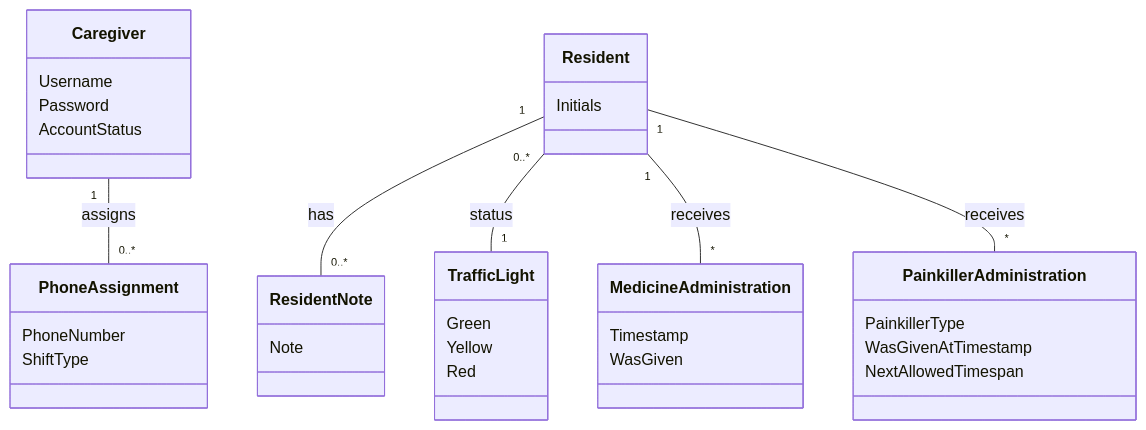
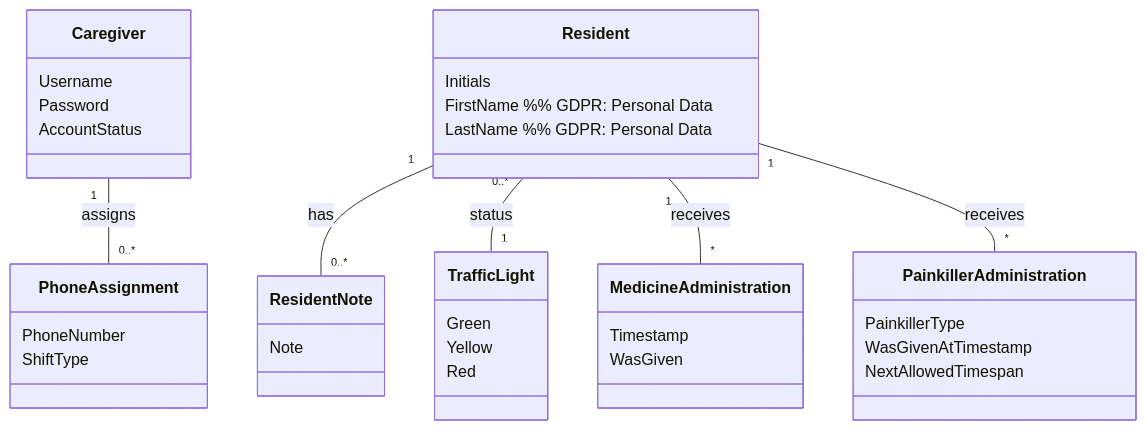
Before and after one commit to DMOoF25-Team6/Slottets-Drifttavlen: the diagram in docs/dm.md, drawn with Mermaid. The commit also changed other lines of this file and 9 other files, not shown here.

````diff
--- a/docs/dm.md
+++ b/docs/dm.md
@@ -16,38 +17,40 @@
 ```mermaid
 %% Domain Model Diagram for Slottets Drifttavlen
 classDiagram
     class Caregiver {
         Username
         Password
         AccountStatus
     }
     class Resident {
         Initials
+        FirstName %% GDPR: Personal Data
+        LastName %% GDPR: Personal Data
     }
     class ResidentNote {
         Note
     }
     class TrafficLight {
         Green
         Yellow
         Red
     }
     class MedicineAdministration {
         Timestamp
         WasGiven
     }
     class PainkillerAdministration {
         PainkillerType
         WasGivenAtTimestamp
         NextAllowedTimespan
     }
     class PhoneAssignment {
         PhoneNumber
         ShiftType
     }
     Resident "1" -- "0..*" ResidentNote : has
     Resident "0..*" -- "1" TrafficLight : status
     Resident "1" -- "*" MedicineAdministration : receives
     Resident "1" -- "*" PainkillerAdministration : receives
     Caregiver "1" -- "0..*" PhoneAssignment : assigns
 ```
````
